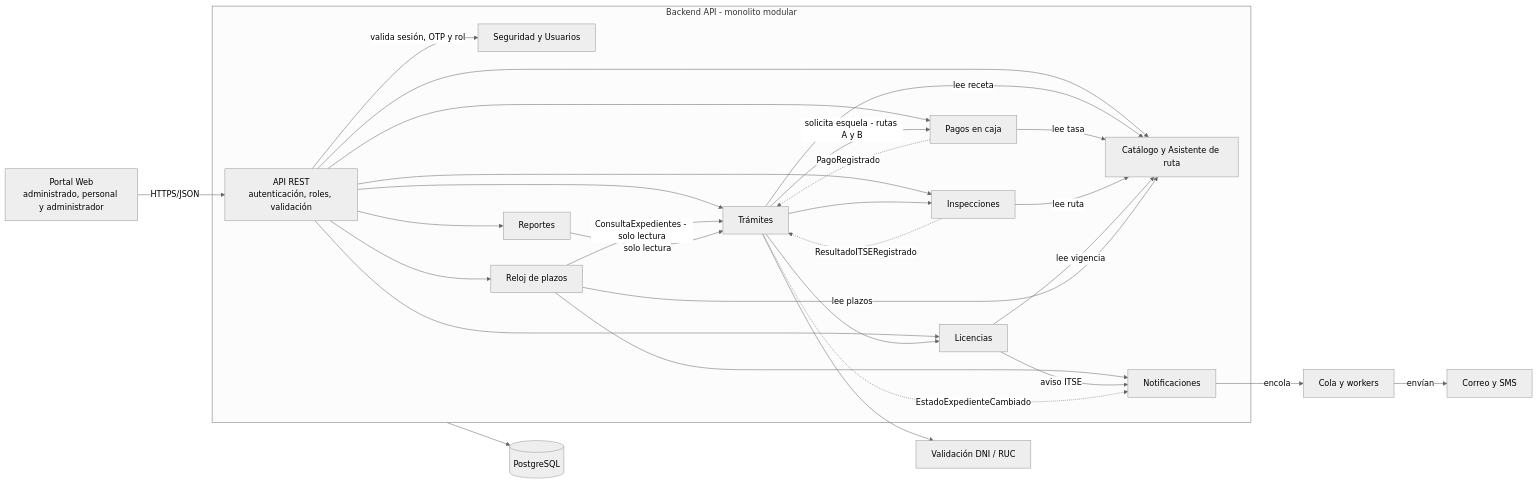
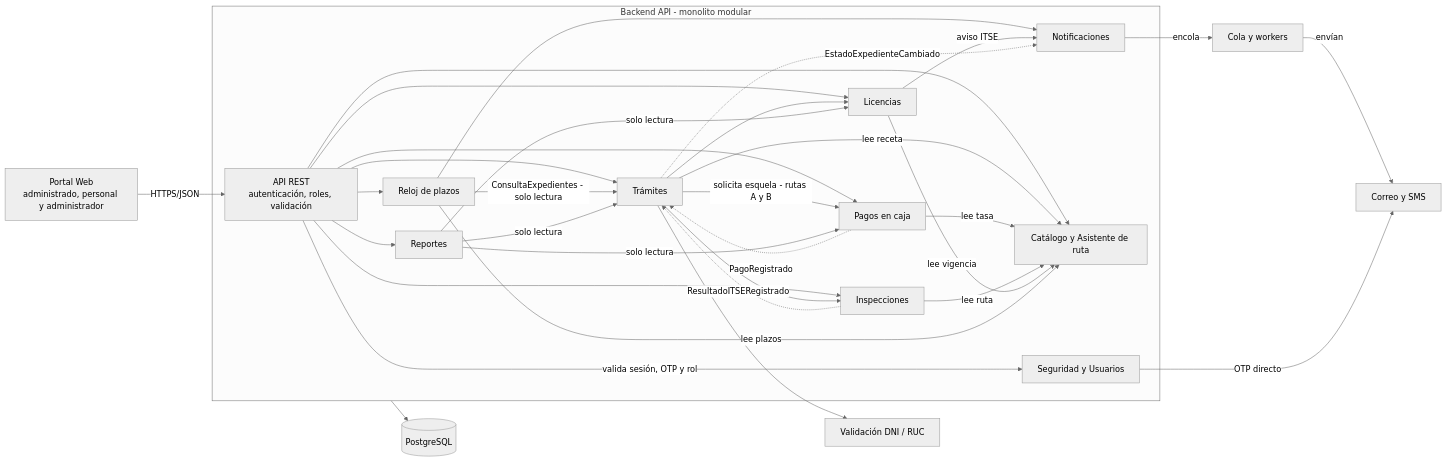
One commit to yeymyloson18/Licencias-Huanta-arquitSoft-JEIMY changed the diagram in docs/04-modelo-c4/Nivel3-Diagrama-de-Componentes.md. Above: the diagram before and after it, drawn with Mermaid (neutral theme). The commit also changed other lines of this file, not shown here.

Commit message:
docs: nivel 3 con Reportes completo, OTP directo y tareas con bloqueo

````diff
--- a/docs/04-modelo-c4/Nivel3-Diagrama-de-Componentes.md
+++ b/docs/04-modelo-c4/Nivel3-Diagrama-de-Componentes.md
@@ -12,37 +12,40 @@
 ```mermaid
 flowchart LR
     Front["Portal Web<br/>administrado, personal y administrador"] -->|"HTTPS/JSON"| Rest["API REST<br/>autenticación, roles, validación"]
 
     subgraph API["Backend API - monolito modular"]
         Rest -->|"valida sesión, OTP y rol"| Seg["Seguridad y Usuarios"]
         Rest --> Cat["Catálogo y Asistente de ruta"]
         Rest --> Tra["Trámites"]
         Rest --> Pag["Pagos en caja"]
         Rest --> Ins["Inspecciones"]
         Rest --> Lic["Licencias"]
         Rest --> Rep["Reportes"]
         Rest --> Pla["Reloj de plazos"]
         Not["Notificaciones"]
 
         Tra -->|"lee receta"| Cat
         Pag -->|"lee tasa"| Cat
         Ins -->|"lee ruta"| Cat
         Lic -->|"lee vigencia"| Cat
         Pla -->|"lee plazos"| Cat
         Tra -->|"solicita esquela - rutas A y B"| Pag
         Pag -.->|"PagoRegistrado"| Tra
         Tra --> Ins
         Ins -.->|"ResultadoITSERegistrado"| Tra
         Tra --> Lic
         Pla -->|"ConsultaExpedientes - solo lectura"| Tra
         Rep -->|"solo lectura"| Tra
+        Rep -->|"solo lectura"| Pag
+        Rep -->|"solo lectura"| Lic
         Pla --> Not
         Lic -->|"aviso ITSE"| Not
         Tra -.->|"EstadoExpedienteCambiado"| Not
     end
 
     Tra --> Ident["Validación DNI / RUC"]
     Not -->|"encola"| Cola["Cola y workers"]
     Cola -->|"envían"| Msg["Correo y SMS"]
+    Seg -->|"OTP directo"| Msg
     API --> BD[("PostgreSQL")]
 ```
````
